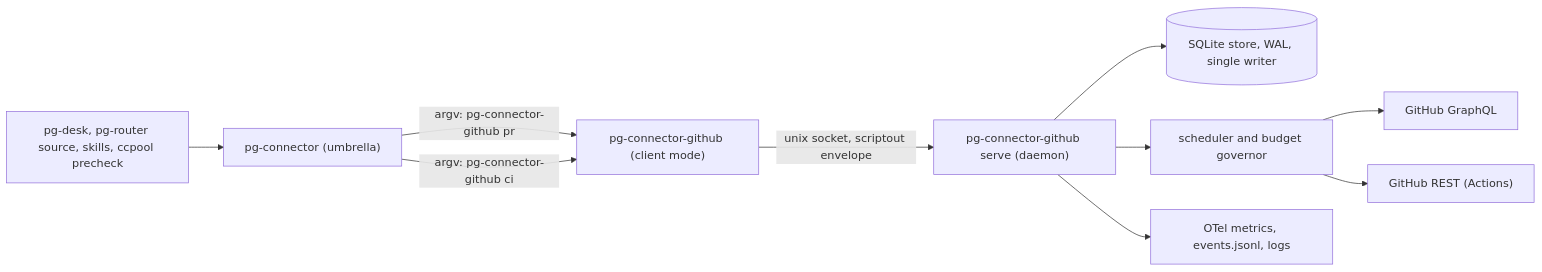
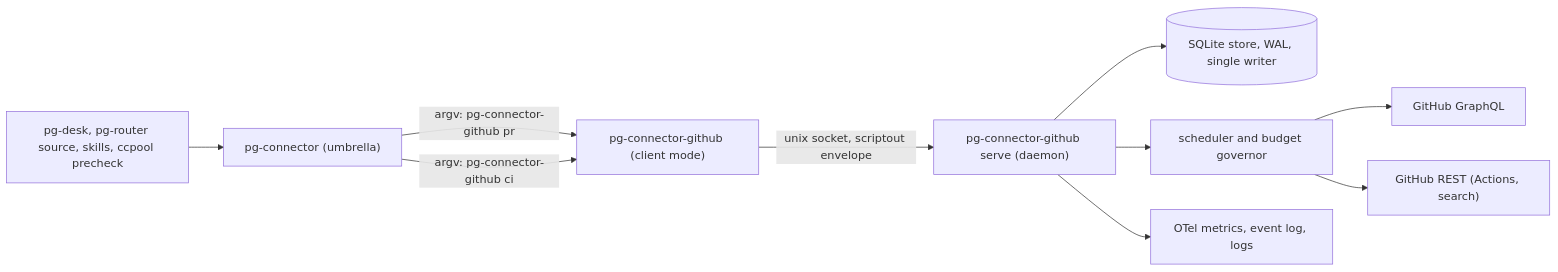
One commit to phillipgreenii/nix-agent-support changed the first of 2 diagrams in docs/superpowers/specs/2026-10-09-pg-connector-github-daemon-design.md. Above: the diagram before and after it, drawn with Mermaid. The commit also changed other lines of this file, not shown here.

````diff
--- a/docs/superpowers/specs/2026-10-09-pg-connector-github-daemon-design.md
+++ b/docs/superpowers/specs/2026-10-09-pg-connector-github-daemon-design.md
@@ -92,12 +110,12 @@
 ```mermaid
 flowchart LR
   callers["pg-desk, pg-router source, skills, ccpool precheck"] --> umb["pg-connector (umbrella)"]
   umb -->|"argv: pg-connector-github pr"| cli["pg-connector-github (client mode)"]
   umb -->|"argv: pg-connector-github ci"| cli
   cli -->|"unix socket, scriptout envelope"| d["pg-connector-github serve (daemon)"]
   d --> store[("SQLite store, WAL, single writer")]
   d --> sched["scheduler and budget governor"]
   sched --> gql["GitHub GraphQL"]
-  sched --> rest["GitHub REST (Actions)"]
-  d --> obs["OTel metrics, events.jsonl, logs"]
+  sched --> rest["GitHub REST (Actions, search)"]
+  d --> obs["OTel metrics, event log, logs"]
 ```
````
